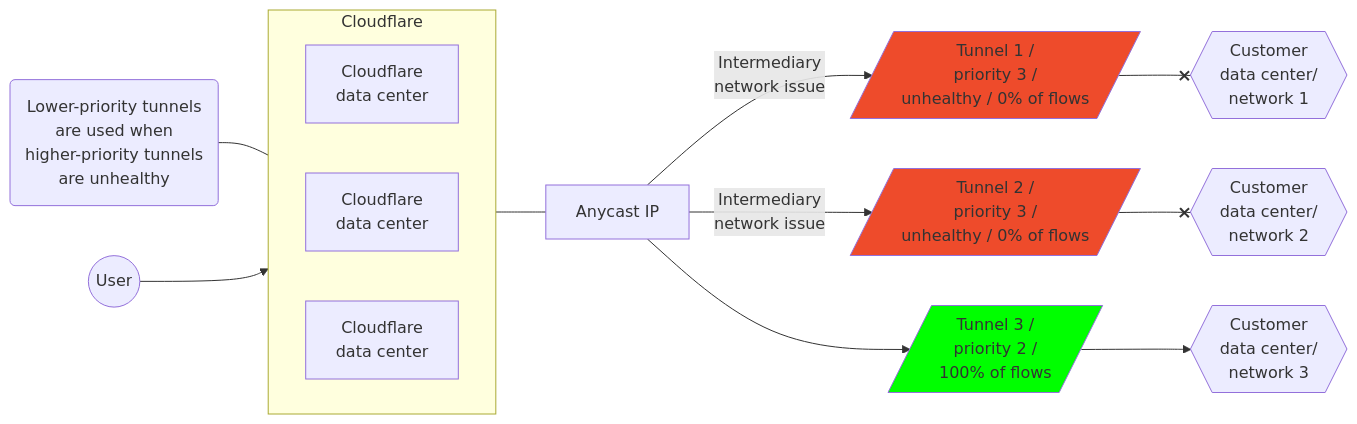
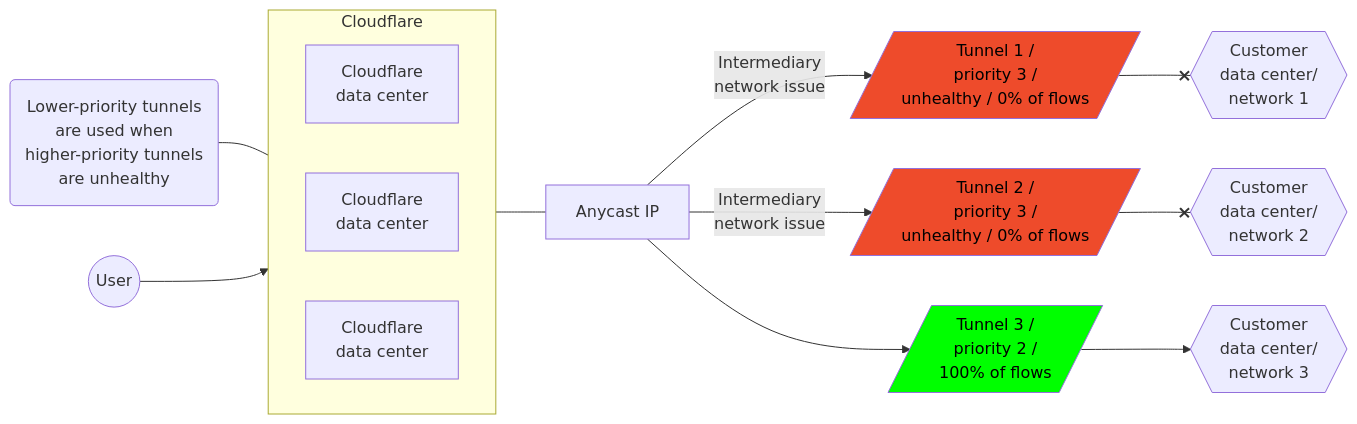
The fourth of 4 diagrams in content/magic-transit/_partials/_traffic-steering.md (rdhanarot/cloudflare-docs), drawn with Mermaid before and after one commit. The commit also changed other lines of this file and 1 other file, not shown here.

Commit message:
[MWAN / MT] Mermaid color patch (#13260)
* refined mermaid color about

* refined color mermaid

````diff
--- a/content/magic-transit/_partials/_traffic-steering.md
+++ b/content/magic-transit/_partials/_traffic-steering.md
@@ -115,20 +115,20 @@
 ```mermaid
 flowchart LR
 accTitle: Tunnels diagram
 accDescr: This example has Tunnel 1 and 2 unhealthy, and all traffic prioritized to Tunnel 3.
 
 subgraph Cloudflare
 direction LR
 B[Cloudflare <br> data center]
 C[Cloudflare <br> data center]
 D[Cloudflare <br> data center]
 end
 
 Z(Lower-priority tunnels <br> are used when <br> higher-priority tunnels <br> are unhealthy) --- Cloudflare
 A((User)) --> Cloudflare --- E[Anycast IP]
 E[Anycast IP]  -- Intermediary <br> network issue -->  F[/Tunnel 1 / <br> priority 3 / <br> unhealthy / 0% of flows/]:::red --x I{{Customer <br> data center/ <br> network 1}}
 E[Anycast IP]  -- Intermediary <br> network issue -->  G[/Tunnel 2 / <br> priority 3 / <br> unhealthy / 0% of flows/]:::red --x J{{Customer <br> data center/ <br> network 2}}
 E[Anycast IP] -->  H[/Tunnel 3 / <br> priority 2 / <br> 100% of flows/]:::green --> K{{Customer <br> data center/ <br> network 3}}
-classDef red fill:#EE4B2B
-classDef green fill:#00FF00
+classDef red fill:#EE4B2B,color: black
+classDef green fill:#00FF00,color: black
 ```
````
